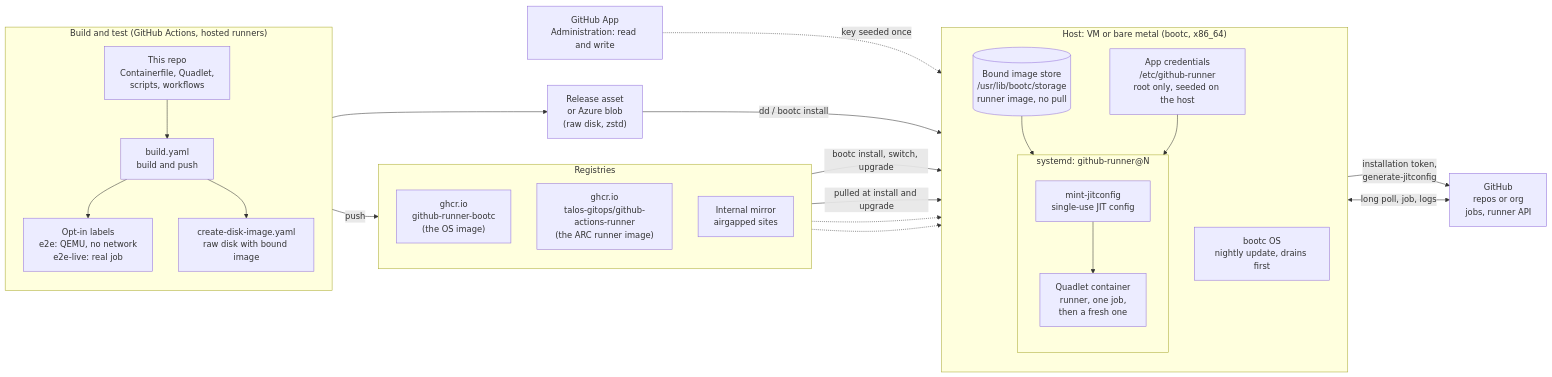
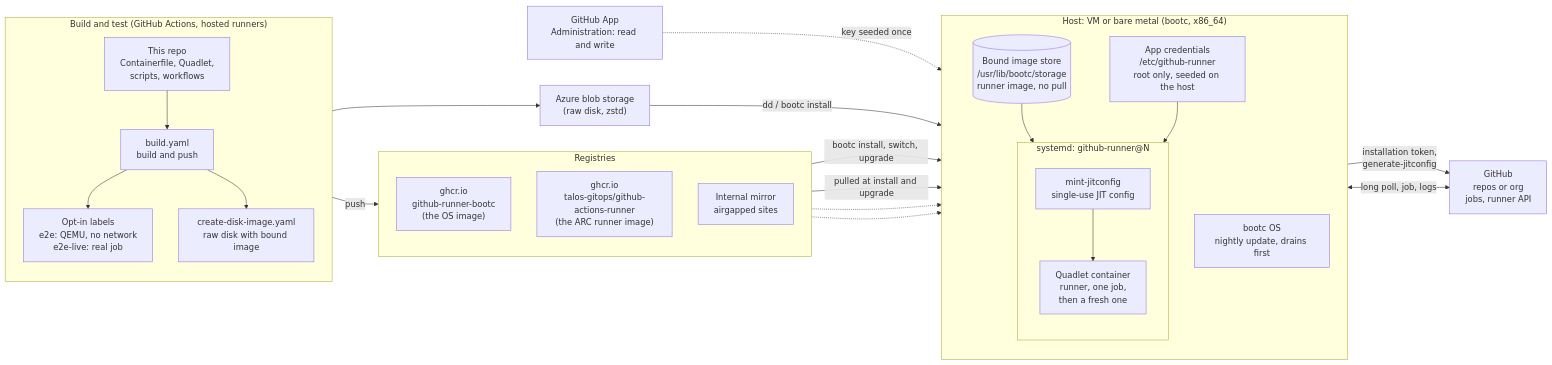
Before and after one commit to cthtrifork/github-runner-bootc: the diagram in docs/architecture.mmd, drawn with Mermaid. The commit also changed 6 other files, not shown here.

First line of the commit message:
ci(disk): upload the disk image to Azure blob storage only

```diff
--- a/docs/architecture.mmd
+++ b/docs/architecture.mmd
@@ -1,48 +1,48 @@
 flowchart LR
     subgraph BUILD["Build and test (GitHub Actions, hosted runners)"]
         direction TB
         SRC["This repo<br/>Containerfile, Quadlet,<br/>scripts, workflows"]
         CI["build.yaml<br/>build and push"]
         E2E["Opt-in labels<br/>e2e: QEMU, no network<br/>e2e-live: real job"]
         DISK["create-disk-image.yaml<br/>raw disk with bound image"]
         SRC --> CI --> E2E
         CI --> DISK
     end
 
     subgraph REG["Registries"]
         direction TB
         OS["ghcr.io<br/>github-runner-bootc<br/>(the OS image)"]
         RUN["ghcr.io<br/>talos-gitops/github-actions-runner<br/>(the ARC runner image)"]
         MIRROR["Internal mirror<br/>airgapped sites"]
     end
 
-    DEST["Release asset<br/>or Azure blob<br/>(raw disk, zstd)"]
+    DEST["Azure blob storage<br/>(raw disk, zstd)"]
 
     subgraph HOST["Host: VM or bare metal (bootc, x86_64)"]
         direction TB
         BOOTC["bootc OS<br/>nightly update, drains first"]
         BOUND[("Bound image store<br/>/usr/lib/bootc/storage<br/>runner image, no pull")]
         subgraph UNITS["systemd: github-runner@N"]
             direction TB
             MINT["mint-jitconfig<br/>single-use JIT config"]
             CTR["Quadlet container<br/>runner, one job,<br/>then a fresh one"]
             MINT --> CTR
         end
         SEED["App credentials<br/>/etc/github-runner<br/>root only, seeded on the host"]
         BOUND --> CTR
         SEED --> MINT
     end
 
     GH["GitHub<br/>repos or org<br/>jobs, runner API"]
     APP["GitHub App<br/>Administration: read and write"]
 
     CI -- "push" --> OS
     DISK --> DEST
     DEST -- "dd / bootc install" --> HOST
     OS -- "bootc install, switch, upgrade" --> BOOTC
     RUN -- "pulled at install and upgrade" --> BOUND
     MIRROR -.-> BOOTC
     MIRROR -.-> BOUND
     APP -. "key seeded once" .-> SEED
     MINT -- "installation token,<br/>generate-jitconfig" --> GH
     CTR <-- "long poll, job, logs" --> GH
```
